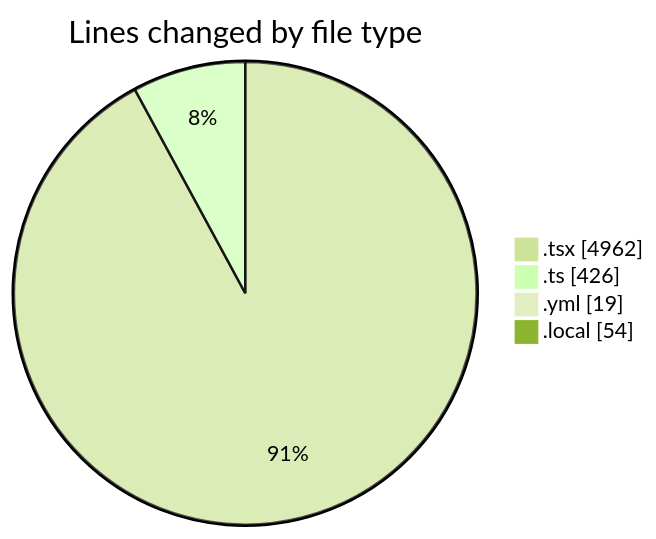
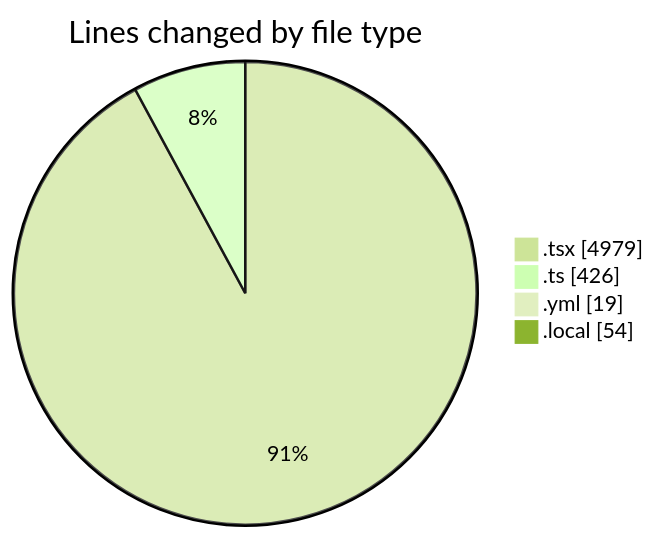
One commit to julien-gomy/code-tracking changed the first of 2 diagrams in 2025-11-18/eventscop-frontend-guide__workspace_/README.md. Above: the diagram before and after it, drawn with Mermaid (forest theme). The commit also changed other lines of this file and 1 other file, not shown here.

````diff
--- a/2025-11-18/eventscop-frontend-guide__workspace_/README.md
+++ b/2025-11-18/eventscop-frontend-guide__workspace_/README.md
@@ -63,8 +63,8 @@
 ```mermaid
 pie showData
 title Lines changed by file type
-".tsx" : 4962
+".tsx" : 4979
 ".ts" : 426
 ".yml" : 19
 ".local" : 54
 ```
````
